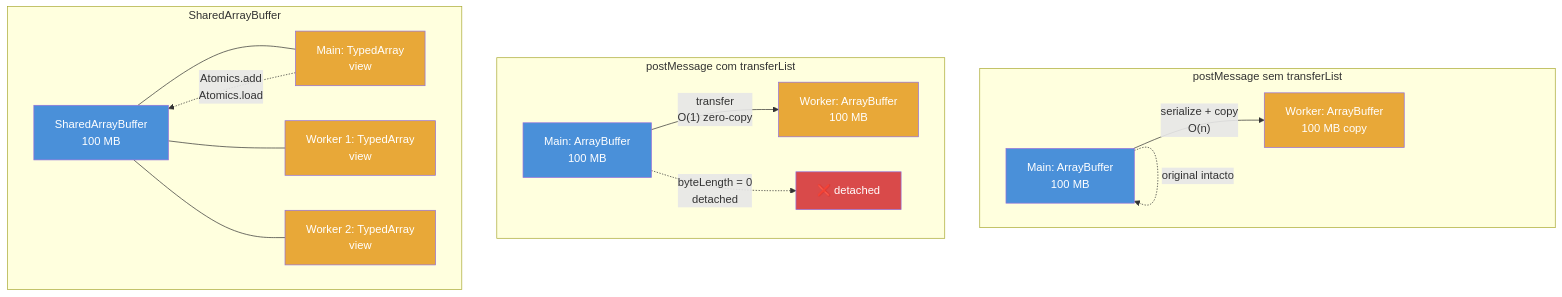
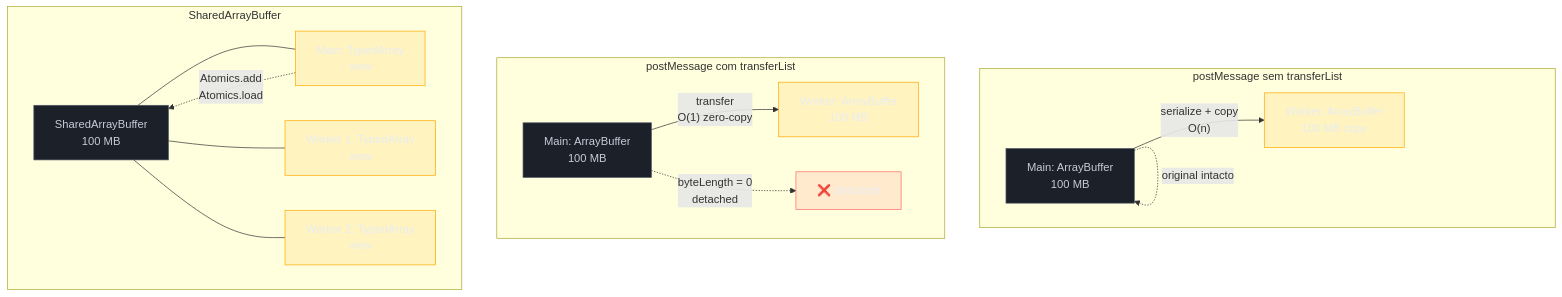
Before and after one commit to josenaldo/codex-technomanticus: the diagram in 03-Dominios/Tecnologia/Node/Paralelismo/05 - Memória compartilhada - SharedArrayBuffer e Atomics.md, drawn with Mermaid. The commit also changed 1181 other files, not shown here.

First line of the commit message:
fix(diagramas): paleta do sistema no lugar de cor cravada no markdown

````diff
--- a/03-Dominios/Tecnologia/Node/Paralelismo/05 - Memória compartilhada - SharedArrayBuffer e Atomics.md
+++ b/03-Dominios/Tecnologia/Node/Paralelismo/05 - Memória compartilhada - SharedArrayBuffer e Atomics.md
@@ -123,29 +123,32 @@
 ```mermaid
 graph TD
+    classDef neutro fill:#1B2029,stroke:#4E5666,color:#C6CCD8
+    classDef destaque fill:#FFAA0024,stroke:#FFAA00,color:#E9ECF2
+    classDef falha fill:#FF6B6B24,stroke:#FF6B6B,color:#E9ECF2
     subgraph "postMessage sem transferList"
         MA1[Main: ArrayBuffer\n100 MB] -->|"serialize + copy\nO(n)"| WA1[Worker: ArrayBuffer\n100 MB copy]
         MA1 -.->|"original intacto"| MA1
     end
 
     subgraph "postMessage com transferList"
         MA2[Main: ArrayBuffer\n100 MB] -->|"transfer\nO(1) zero-copy"| WA2[Worker: ArrayBuffer\n100 MB]
         MA2 -.->|"byteLength = 0\ndetached"| DETACH[❌ detached]
     end
 
     subgraph "SharedArrayBuffer"
         SAB[SharedArrayBuffer\n100 MB] --- VMT[Main: TypedArray\nview]
         SAB --- VW1[Worker 1: TypedArray\nview]
         SAB --- VW2[Worker 2: TypedArray\nview]
         VMT -.->|"Atomics.add\nAtomics.load"| SAB
     end
 
-    style MA1 fill:#4A90D9,color:#fff
-    style MA2 fill:#4A90D9,color:#fff
-    style SAB fill:#4A90D9,color:#fff
-    style WA1 fill:#E8A838,color:#fff
-    style WA2 fill:#E8A838,color:#fff
-    style VMT fill:#E8A838,color:#fff
-    style VW1 fill:#E8A838,color:#fff
-    style VW2 fill:#E8A838,color:#fff
-    style DETACH fill:#D94A4A,color:#fff
+    class MA1 neutro
+    class MA2 neutro
+    class SAB neutro
+    class WA1 destaque
+    class WA2 destaque
+    class VMT destaque
+    class VW1 destaque
+    class VW2 destaque
+    class DETACH falha
 ```
````
